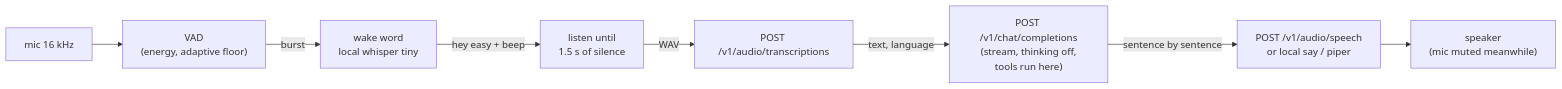
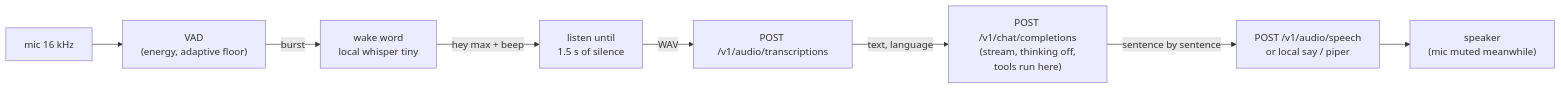
One commit to solariun/easyai changed the diagram in easyai-assistant.md. Above: the diagram before and after it, drawn with Mermaid. The commit also changed other lines of this file and 6 other files, not shown here.

````diff
--- a/easyai-assistant.md
+++ b/easyai-assistant.md
@@ -11,10 +11,10 @@
 ```mermaid
 flowchart LR
   M["mic 16 kHz"] --> V["VAD\n(energy, adaptive floor)"]
   V -->|burst| W["wake word\nlocal whisper tiny"]
-  W -->|hey easy + beep| L["listen until\n1.5 s of silence"]
+  W -->|hey max + beep| L["listen until\n1.5 s of silence"]
   L -->|WAV| S["POST /v1/audio/transcriptions"]
   S -->|text, language| C["POST /v1/chat/completions\n(stream, thinking off,\ntools run here)"]
   C -->|sentence by sentence| T["POST /v1/audio/speech\nor local say / piper"]
   T --> P["speaker\n(mic muted meanwhile)"]
 ```
````
